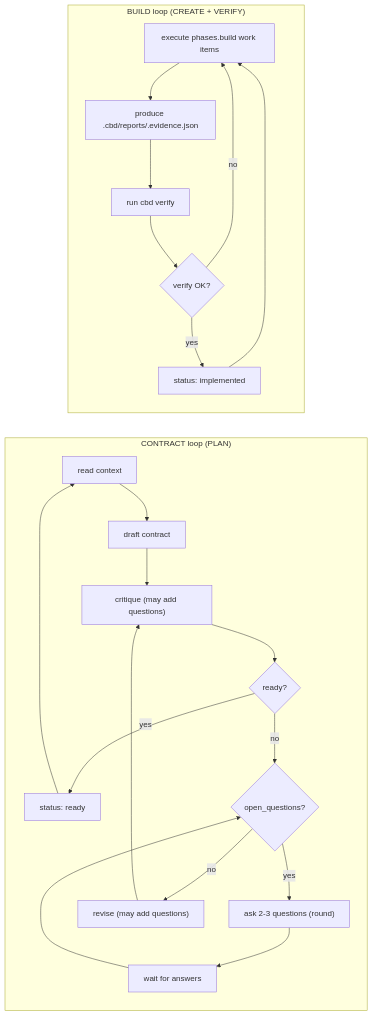
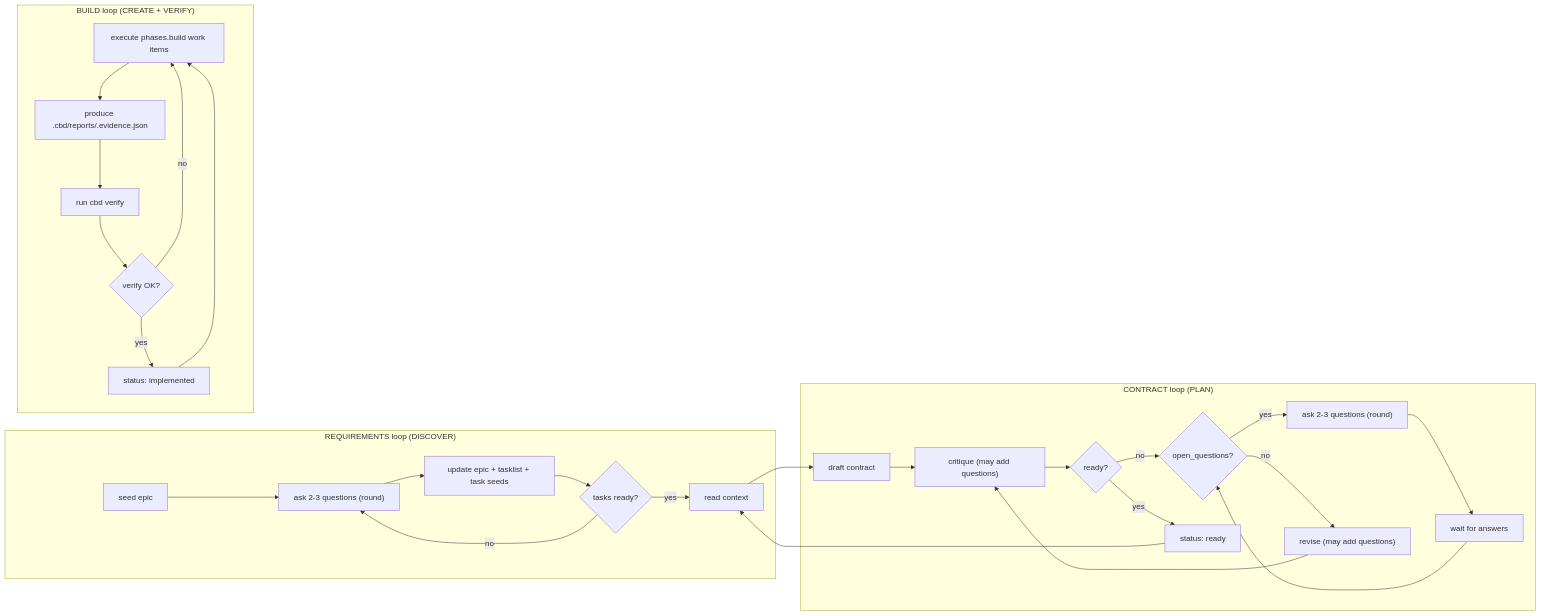
Before and after one commit to c7121/dbc-agent-kit: the diagram in README.md, drawn with Mermaid. The commit also changed other lines of this file and 6 other files, not shown here.

Commit message:
feat: requirements and epic handling

````diff
--- a/README.md
+++ b/README.md
@@ -9,32 +9,42 @@
 ```mermaid
 flowchart LR
+  subgraph REQ["REQUIREMENTS loop (DISCOVER)"]
+    R1["seed epic"]
+    R2["ask 2-3 questions (round)"]
+    R3["update epic + tasklist + task seeds"]
+    Rready{tasks ready?}
+    R1 --> R2 --> R3 --> Rready
+    Rready -- "no" --> R2
+    Rready -- "yes" --> C1
+  end
+
   subgraph CONTRACT["CONTRACT loop (PLAN)"]
     C1["read context"]
     C2["draft contract"]
     C3["critique (may add questions)"]
     Cready{ready?}
     Cq{open_questions?}
     C5["ask 2-3 questions (round)"]
     C6["wait for answers"]
     C4["revise (may add questions)"]
     C7["status: ready"]
     C1 --> C2 --> C3 --> Cready
     Cready -- "yes" --> C7
     Cready -- "no" --> Cq
     Cq -- "yes" --> C5 --> C6 --> Cq
     Cq -- "no" --> C4 --> C3
     C7 --> C1
   end
 
   subgraph BUILD["BUILD loop (CREATE + VERIFY)"]
     B1["execute phases.build work items"]
     B2["produce .cbd/reports/<id>.evidence.json"]
     B3["run cbd verify"]
     Bq{verify OK?}
     B4["status: implemented"]
     B1 --> B2 --> B3 --> Bq
     Bq -- "no" --> B1
     Bq -- "yes" --> B4
     B4 --> B1
   end
 ```
````
